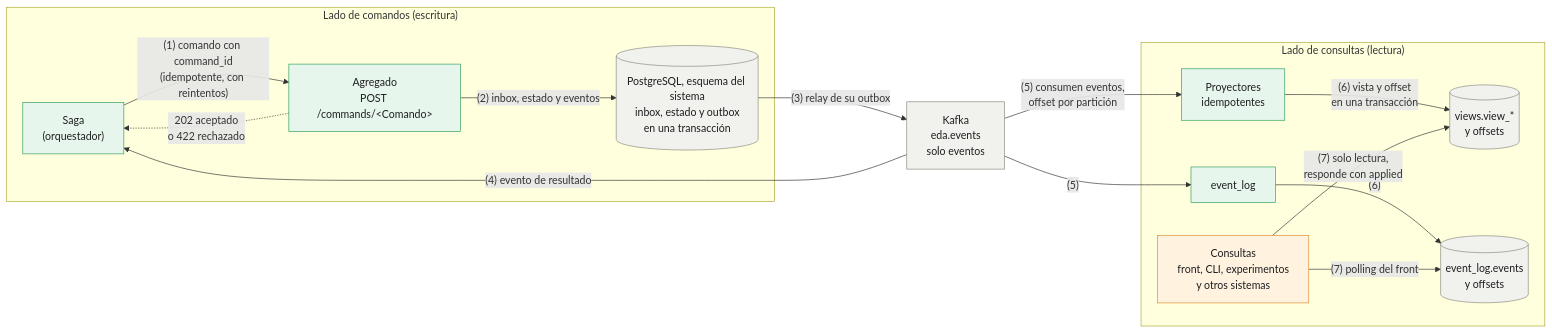
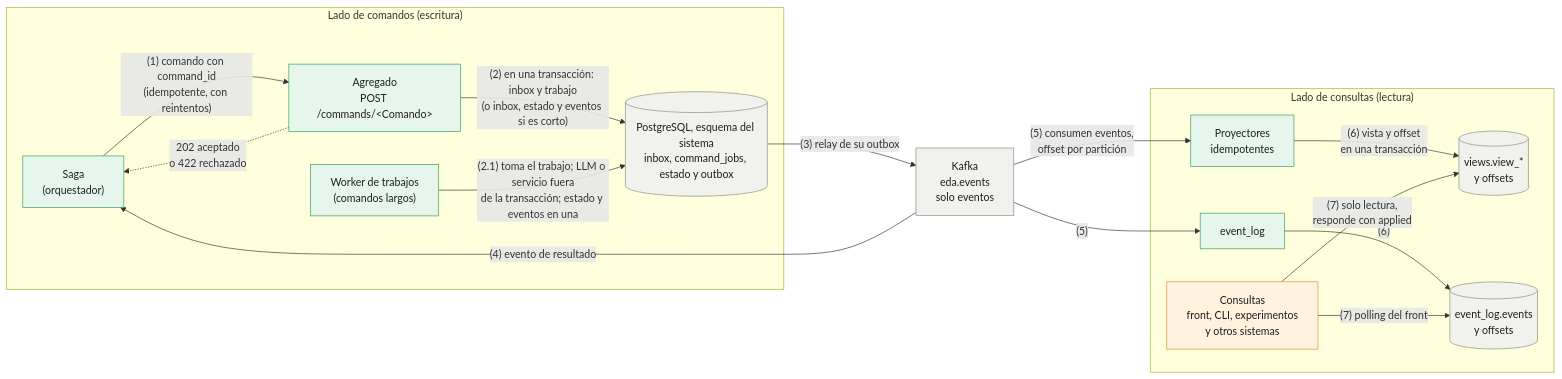
One commit to whinedo/eda-retail changed the third of 5 diagrams in docs/README.md. Above: the diagram before and after it, drawn with Mermaid. The commit also changed other lines of this file and 1 other file, not shown here.

Commit message:
docs: update the README diagrams to the async commands and split v1 and v2 sections

````diff
--- a/docs/README.md
+++ b/docs/README.md
@@ -121,33 +131,35 @@
 ```mermaid
 flowchart LR
   subgraph CMD["Lado de comandos (escritura)"]
     SG["Saga<br/>(orquestador)"]
     AG["Agregado<br/>POST /commands/#lt;Comando#gt;"]
-    TX[("PostgreSQL, esquema del sistema<br/>inbox, estado y outbox<br/>en una transacción")]
+    TX[("PostgreSQL, esquema del sistema<br/>inbox, command_jobs, estado y outbox")]
+    W["Worker de trabajos<br/>(comandos largos)"]
   end
   K["Kafka<br/>eda.events<br/>solo eventos"]
   subgraph QRY["Lado de consultas (lectura)"]
     P["Proyectores<br/>idempotentes"]
     V[("views.view_*<br/>y offsets")]
     EL["event_log"]
     EV[("event_log.events<br/>y offsets")]
     Q["Consultas<br/>front, CLI, experimentos<br/>y otros sistemas"]
   end
   SG -- "(1) comando con command_id<br/>(idempotente, con reintentos)" --> AG
-  AG -- "(2) inbox, estado y eventos" --> TX
+  AG -- "(2) en una transacción: inbox y trabajo<br/>(o inbox, estado y eventos si es corto)" --> TX
+  W -- "(2.1) toma el trabajo; LLM o servicio fuera<br/>de la transacción; estado y eventos en una" --> TX
   AG -. "202 aceptado<br/>o 422 rechazado" .-> SG
   TX -- "(3) relay de su outbox" --> K
   K -- "(4) evento de resultado" --> SG
   K -- "(5) consumen eventos,<br/>offset por partición" --> P
   K -- "(5)" --> EL
   P -- "(6) vista y offset<br/>en una transacción" --> V
   EL -- "(6)" --> EV
   Q -- "(7) solo lectura,<br/>responde con applied" --> V
   Q -- "(7) polling del front" --> EV
   classDef code fill:#E6F6EC,stroke:#2E9E5B,color:#1d1d1f
   classDef data fill:#F1F1EE,stroke:#8A8A80,color:#1d1d1f
   classDef ext fill:#FFF3E0,stroke:#E08A2B,color:#1d1d1f
-  class SG,AG,P,EL code
+  class SG,AG,W,P,EL code
   class TX,V,K,EV data
   class Q ext
 ```
````
